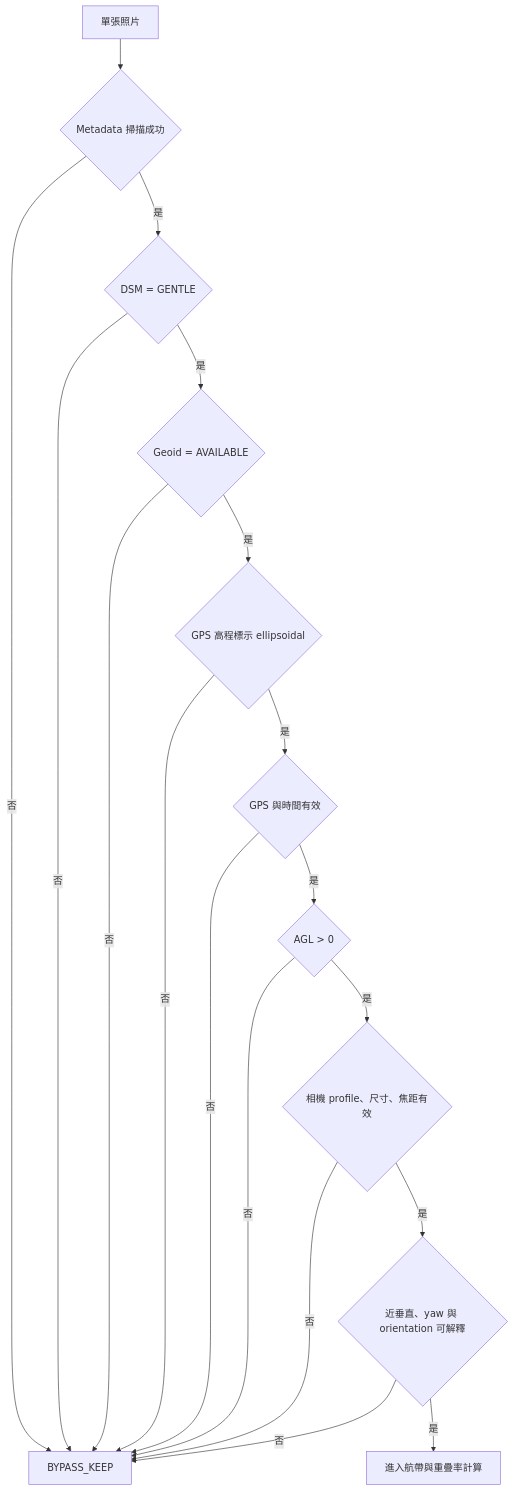
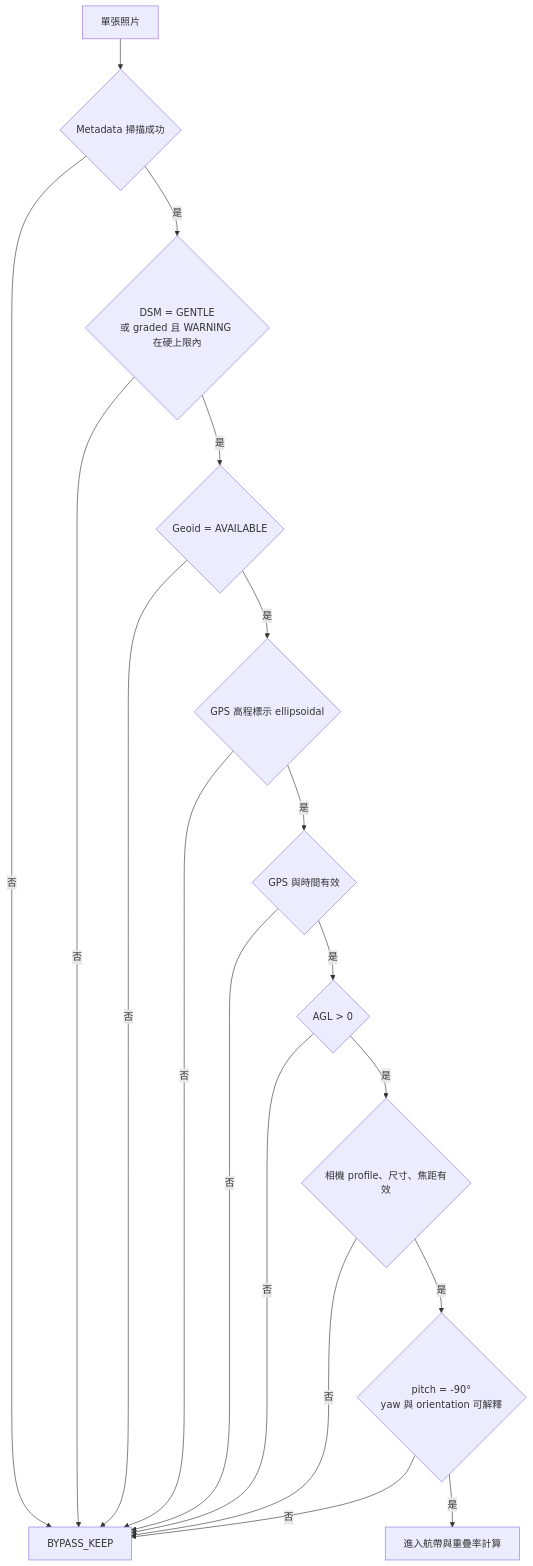
Before and after one commit to popofebsdog/uav-photo-optimizer: the ninth of 24 diagrams in docs/methodology-review-manual-zh-TW.md, drawn with Mermaid. The commit also changed other lines of this file and 18 other files, not shown here.

````diff
--- a/docs/methodology-review-manual-zh-TW.md
+++ b/docs/methodology-review-manual-zh-TW.md
@@ -210,20 +228,20 @@
 ```mermaid
 flowchart TD
     A[單張照片] --> M{Metadata 掃描成功}
     M -- 否 --> K[BYPASS_KEEP]
-    M -- 是 --> D{DSM = GENTLE}
+    M -- 是 --> D{DSM = GENTLE<br/>或 graded 且 WARNING 在硬上限內}
     D -- 否 --> K
     D -- 是 --> G{Geoid = AVAILABLE}
     G -- 否 --> K
     G -- 是 --> V{GPS 高程標示 ellipsoidal}
     V -- 否 --> K
     V -- 是 --> T{GPS 與時間有效}
     T -- 否 --> K
     T -- 是 --> H{AGL > 0}
     H -- 否 --> K
     H -- 是 --> C{相機 profile、尺寸、焦距有效}
     C -- 否 --> K
-    C -- 是 --> N{近垂直、yaw 與 orientation 可解釋}
+    C -- 是 --> N{pitch = -90°<br/>yaw 與 orientation 可解釋}
     N -- 否 --> K
     N -- 是 --> E[進入航帶與重疊率計算]
 ```
````
